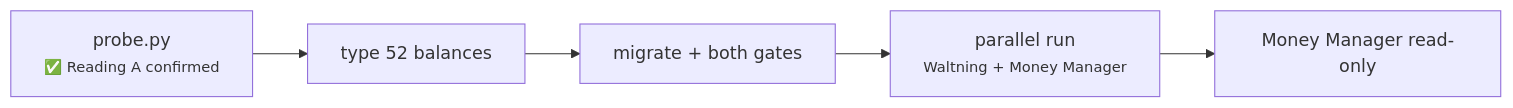
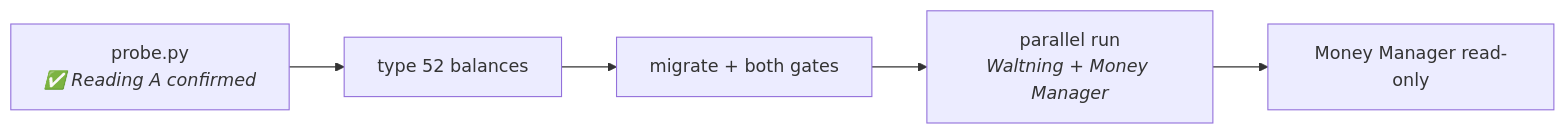
Before and after one commit to VoltLightning/waltning: the third of 3 diagrams in docs/specification/architecture/05-deployment.md, drawn with Mermaid. The commit also changed other lines of this file and 15 other files, not shown here.

````diff
--- a/docs/specification/architecture/05-deployment.md
+++ b/docs/specification/architecture/05-deployment.md
@@ -238,7 +238,7 @@
 ```mermaid
 graph LR
-    P1["probe.py<br/><small>✅ Reading A confirmed</small>"] --> P2["type 52 balances"]
+    P1["probe.py<br/><i>✅ Reading A confirmed</i>"] --> P2["type 52 balances"]
     P2 --> P3["migrate + both gates"]
-    P3 --> P4["parallel run<br/><small>Waltning + Money Manager</small>"]
+    P3 --> P4["parallel run<br/><i>Waltning + Money Manager</i>"]
     P4 --> P5["Money Manager read-only"]
 ```
````
